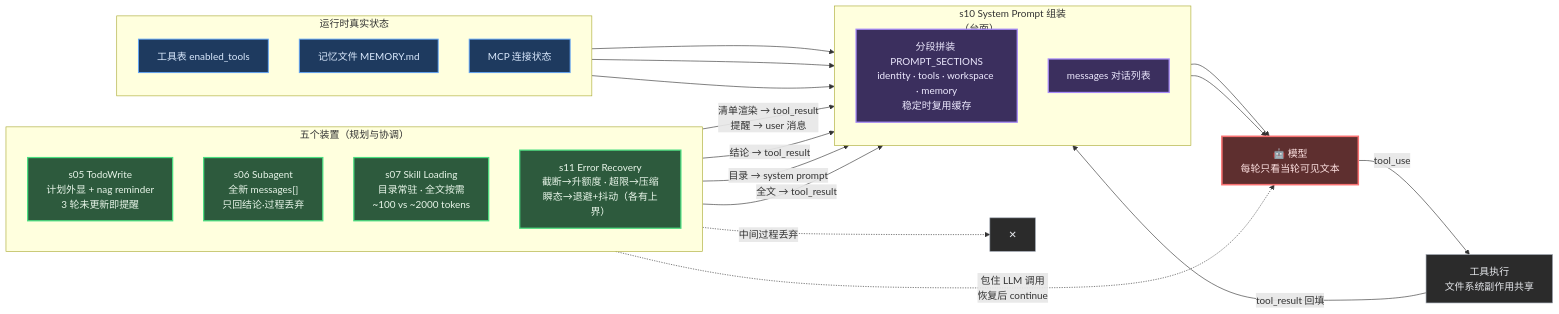
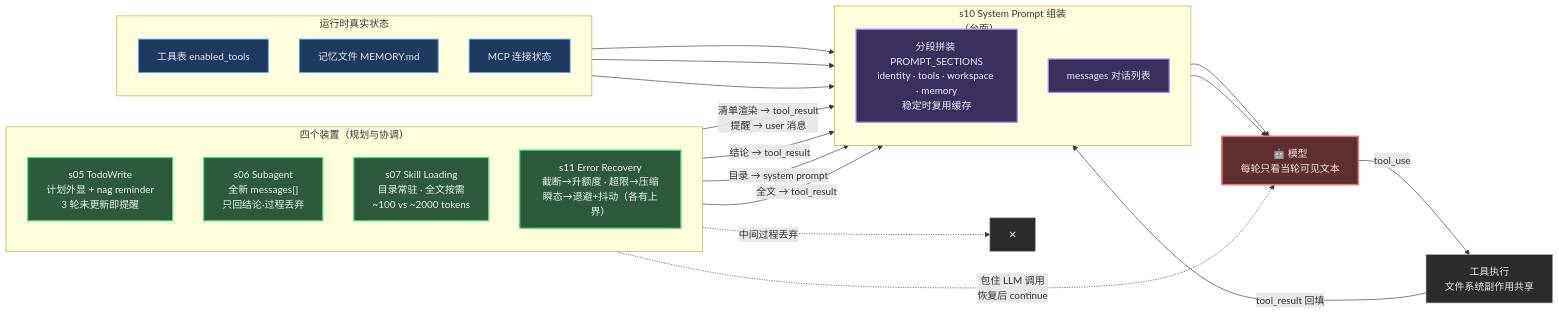
The diagram in docs/assets/mermaid/agent-harness/lcc-planning--panorama.mmd (ThreeFish-AI/negentropy), drawn with Mermaid before and after one commit. The commit also changed 21 other files, not shown here.

First line of the commit message:
fix(archify): lcc 五图类型口径统一与三图重渲（type 头/边标签/装置计数/结论卡）;

```diff
--- a/docs/assets/mermaid/agent-harness/lcc-planning--panorama.mmd
+++ b/docs/assets/mermaid/agent-harness/lcc-planning--panorama.mmd
@@ -1,53 +1,53 @@
 %% source: docs/research/agent-harness/172-claude-code-planning-coordination.md
 %% slug: lcc-planning--panorama
-%% type: flowchart
+%% type: architecture
 %% derived: 五装置经三通道汇入「每轮可见文本」的全貌（s05/s06/s07/s10/s11 + main s15 集成位）
 flowchart LR
-    subgraph DEV["五个装置（规划与协调）"]
+    subgraph DEV["四个装置（规划与协调）"]
         direction TB
         TODO["s05 TodoWrite<br/>计划外显 + nag reminder<br/>3 轮未更新即提醒"]
         SUB["s06 Subagent<br/>全新 messages[]<br/>只回结论·过程丢弃"]
         SKILL["s07 Skill Loading<br/>目录常驻 · 全文按需<br/>~100 vs ~2000 tokens"]
         RECOV["s11 Error Recovery<br/>截断→升额度 · 超限→压缩<br/>瞬态→退避+抖动（各有上界）"]
     end
 
     subgraph STATE["运行时真实状态"]
         direction TB
         TOOLS["工具表 enabled_tools"]
         MEMFILE["记忆文件 MEMORY.md"]
         MCP["MCP 连接状态"]
     end
 
     subgraph ASSEMBLE["s10 System Prompt 组装<br/>（台面）"]
         direction TB
         SP["分段拼装 PROMPT_SECTIONS<br/>identity · tools · workspace · memory<br/>稳定时复用缓存"]
         MSGQ["messages 对话列表"]
     end
 
     MODEL["🤖 模型<br/>每轮只看当轮可见文本"]
     WORK["工具执行<br/>文件系统副作用共享"]
 
     TODO -- "清单渲染 → tool_result<br/>提醒 → user 消息" --> MSGQ
     SUB -- "结论 → tool_result" --> MSGQ
     SUB -. "中间过程丢弃" .-> X["✕"]
     SKILL -- "目录 → system prompt" --> SP
     SKILL -- "全文 → tool_result" --> MSGQ
     TOOLS --> SP
     MEMFILE --> SP
     MCP --> SP
     SP --> MODEL
     MSGQ --> MODEL
     RECOV -. "包住 LLM 调用<br/>恢复后 continue" .-> MODEL
     MODEL -- "tool_use" --> WORK
     WORK -- "tool_result 回填" --> MSGQ
 
     classDef device fill:#2d5a3d,stroke:#4ade80,stroke-width:2px,color:#e8f5e9
     classDef state fill:#1e3a5f,stroke:#60a5fa,stroke-width:1.5px,color:#dbeafe
     classDef stage fill:#3b2f5e,stroke:#a78bfa,stroke-width:2px,color:#ede9fe
     classDef core fill:#5e2f2f,stroke:#f87171,stroke-width:2.5px,color:#fee2e2
     classDef plain fill:#2b2b2b,stroke:#9ca3af,stroke-width:1px,color:#e5e7eb
     class TODO,SUB,SKILL,RECOV device
     class TOOLS,MEMFILE,MCP state
     class SP,MSGQ stage
     class MODEL core
     class WORK,X plain
```
